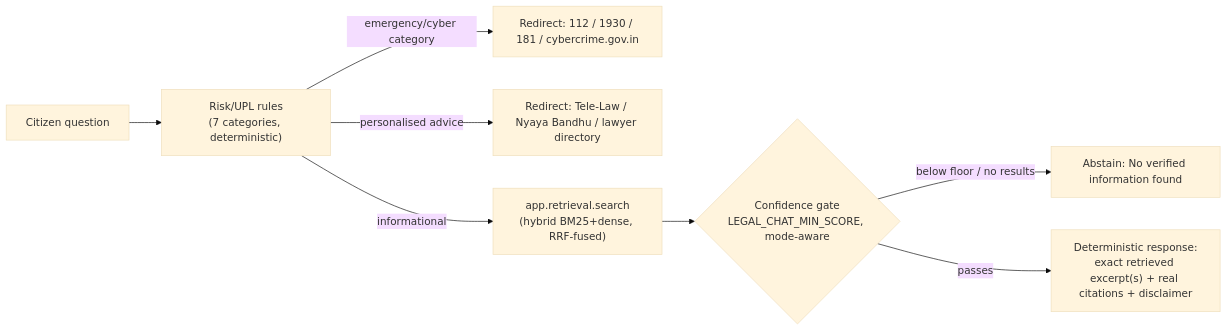
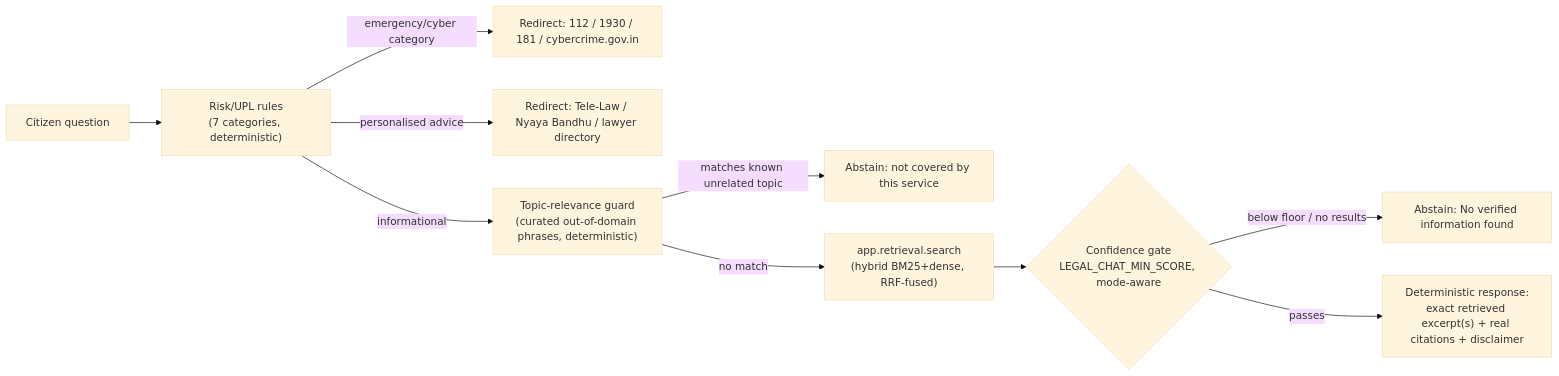
The fourth of 4 diagrams in docs/ARCHITECTURE.md (Solly2201/Capstone), drawn with Mermaid (base theme) before and after one commit. The commit also changed other lines of this file and 5 other files, not shown here.

First line of the commit message:
feat(ai): add legal topic relevance guard

````diff
--- a/docs/ARCHITECTURE.md
+++ b/docs/ARCHITECTURE.md
@@ -110,10 +110,12 @@
 ```mermaid
 flowchart LR
   Q["Citizen question"] --> Risk["Risk/UPL rules\n(7 categories, deterministic)"]
   Risk -->|emergency/cyber category| Emg["Redirect: 112 / 1930 / 181 / cybercrime.gov.in"]
   Risk -->|personalised advice| Adv["Redirect: Tele-Law / Nyaya Bandhu / lawyer directory"]
-  Risk -->|informational| Search["app.retrieval.search\n(hybrid BM25+dense, RRF-fused)"]
+  Risk -->|informational| Topic["Topic-relevance guard\n(curated out-of-domain phrases, deterministic)"]
+  Topic -->|matches known unrelated topic| Abstain2["Abstain: not covered by this service"]
+  Topic -->|no match| Search["app.retrieval.search\n(hybrid BM25+dense, RRF-fused)"]
   Search --> Gate{"Confidence gate\nLEGAL_CHAT_MIN_SCORE, mode-aware"}
   Gate -->|below floor / no results| Abstain["Abstain: No verified information found"]
   Gate -->|passes| Resp["Deterministic response:\nexact retrieved excerpt(s) + real citations + disclaimer"]
 ```
````
